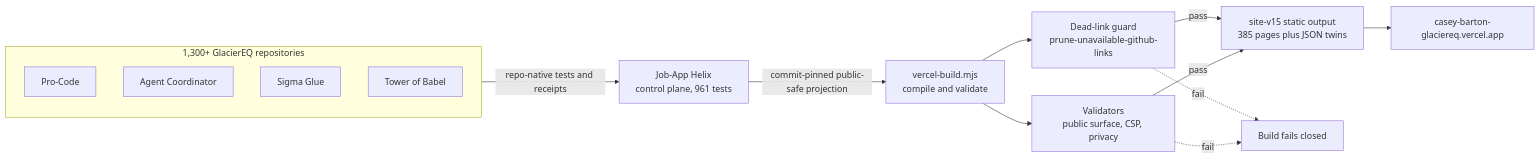
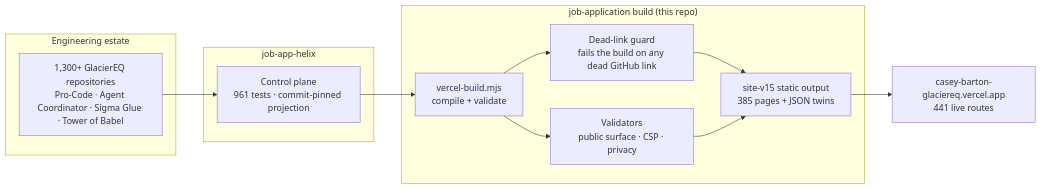
One commit to GlacierEQ/job-application changed the diagram in README.md. Above: the diagram before and after it, drawn with Mermaid.

Commit message:
README: render architecture diagram with GitHub-safe mermaid (no edge labels)

````diff
--- a/README.md
+++ b/README.md
@@ -23,18 +23,20 @@
 ```mermaid
 flowchart LR
-  subgraph EST["1,300+ GlacierEQ repositories"]
-    R1["Pro-Code"]
-    R2["Agent Coordinator"]
-    R3["Sigma Glue"]
-    R4["Tower of Babel"]
-  end
-  EST -->|repo-native tests and receipts| H["Job-App Helix<br/>control plane, 961 tests"]
-  H -->|commit-pinned public-safe projection| B["vercel-build.mjs<br/>compile and validate"]
-  B --> G1["Dead-link guard<br/>prune-unavailable-github-links"]
-  B --> G2["Validators<br/>public surface, CSP, privacy"]
-  G1 -->|pass| S["site-v15 static output<br/>385 pages plus JSON twins"]
-  G2 -->|pass| S
-  G1 -.->|fail| X["Build fails closed"]
-  G2 -.->|fail| X
-  S --> V["casey-barton-glaciereq.vercel.app"]
+    subgraph Estate["Engineering estate"]
+        E["1,300+ GlacierEQ repositories<br/>Pro-Code · Agent Coordinator · Sigma Glue · Tower of Babel"]
+    end
+    subgraph Helix["job-app-helix"]
+        H["Control plane<br/>961 tests · commit-pinned projection"]
+    end
+    subgraph Build["job-application build (this repo)"]
+        B["vercel-build.mjs<br/>compile + validate"]
+        G1["Dead-link guard<br/>fails the build on any dead GitHub link"]
+        G2["Validators<br/>public surface · CSP · privacy"]
+        S["site-v15 static output<br/>385 pages + JSON twins"]
+    end
+    V["casey-barton-glaciereq.vercel.app<br/>441 live routes"]
+    E --> H --> B
+    B --> G1 --> S
+    B --> G2 --> S
+    S --> V
 ```
````
